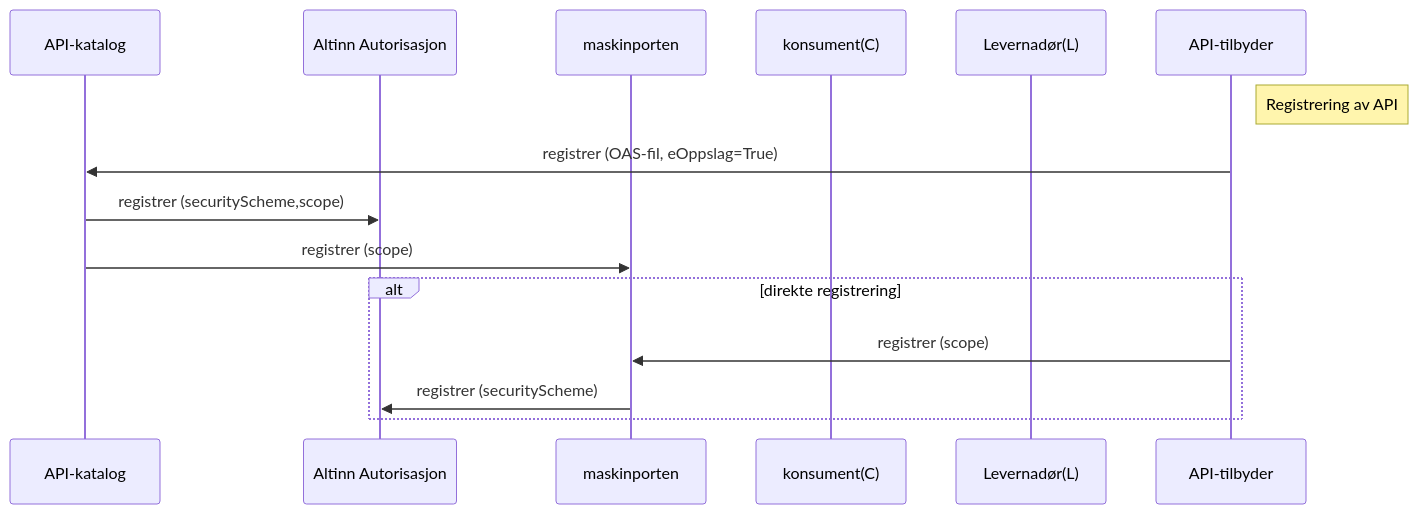
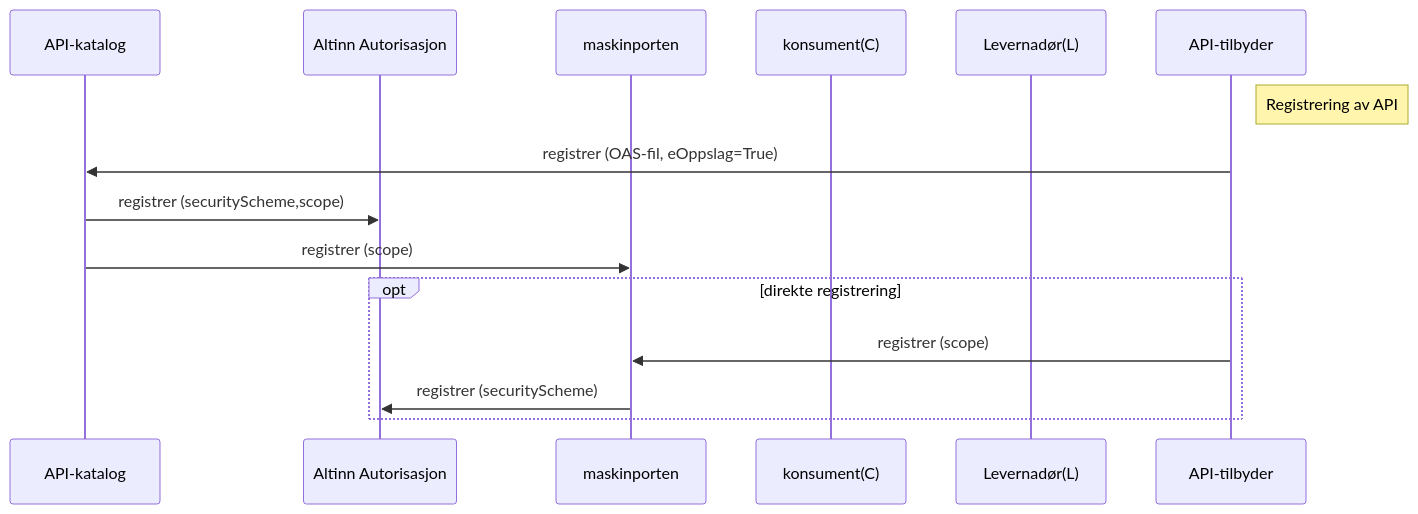
Before and after one commit to joergenb/oauth2-veileder: the diagram in pages/eoppslag/eoppslag_sbb_oauth2_sekvensdiagram.md, drawn with Mermaid.

Commit message:
opt ikkje alt ?

```diff
--- a/pages/eoppslag/eoppslag_sbb_oauth2_sekvensdiagram.md
+++ b/pages/eoppslag/eoppslag_sbb_oauth2_sekvensdiagram.md
@@ -12,17 +12,17 @@
 <div class="mermaid">
 sequenceDiagram
   participant AP as API-katalog
   participant AA as Altinn Autorisasjon
   participant MP AS maskinporten
   participant C AS konsument(C)
   participant L AS Levernadør(L)
   participant A as API-tilbyder
   note right of A: Registrering av API
   A->>AP: registrer (OAS-fil, eOppslag=True)
   AP->>AA: registrer (securityScheme,scope)
   AP->>MP: registrer (scope)
-  alt direkte registrering
+  opt direkte registrering
     A->>MP: registrer (scope)
     MP->>AA: registrer (securityScheme)
   end
 </div>
```
